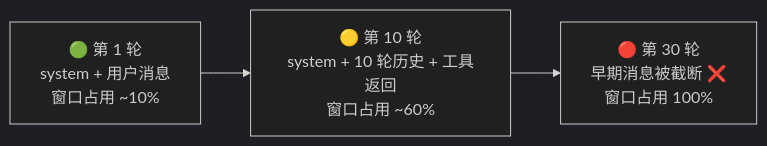
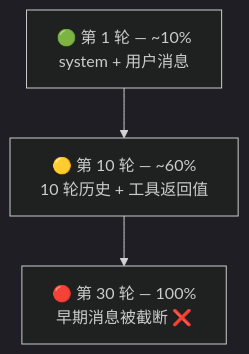
Before and after one commit to cuipengfei/adopt-agentic: the second of 4 diagrams in docs/guide/context.md, drawn with Mermaid (dark theme). The commit also changed other lines of this file and 35 other files, not shown here.

````diff
--- a/docs/guide/context.md
+++ b/docs/guide/context.md
@@ -117,5 +136,5 @@
 ```mermaid
-graph LR
-    A["🟢 第 1 轮<br/>system + 用户消息<br/>窗口占用 ~10%"] --> B["🟡 第 10 轮<br/>system + 10 轮历史 + 工具返回<br/>窗口占用 ~60%"]
-    B --> C["🔴 第 30 轮<br/>早期消息被截断 ❌<br/>窗口占用 100%"]
+graph TB
+    A["🟢 第 1 轮 — ~10%<br/>system + 用户消息"] --> B["🟡 第 10 轮 — ~60%<br/>10 轮历史 + 工具返回值"]
+    B --> C["🔴 第 30 轮 — 100%<br/>早期消息被截断 ❌"]
 ```
````
